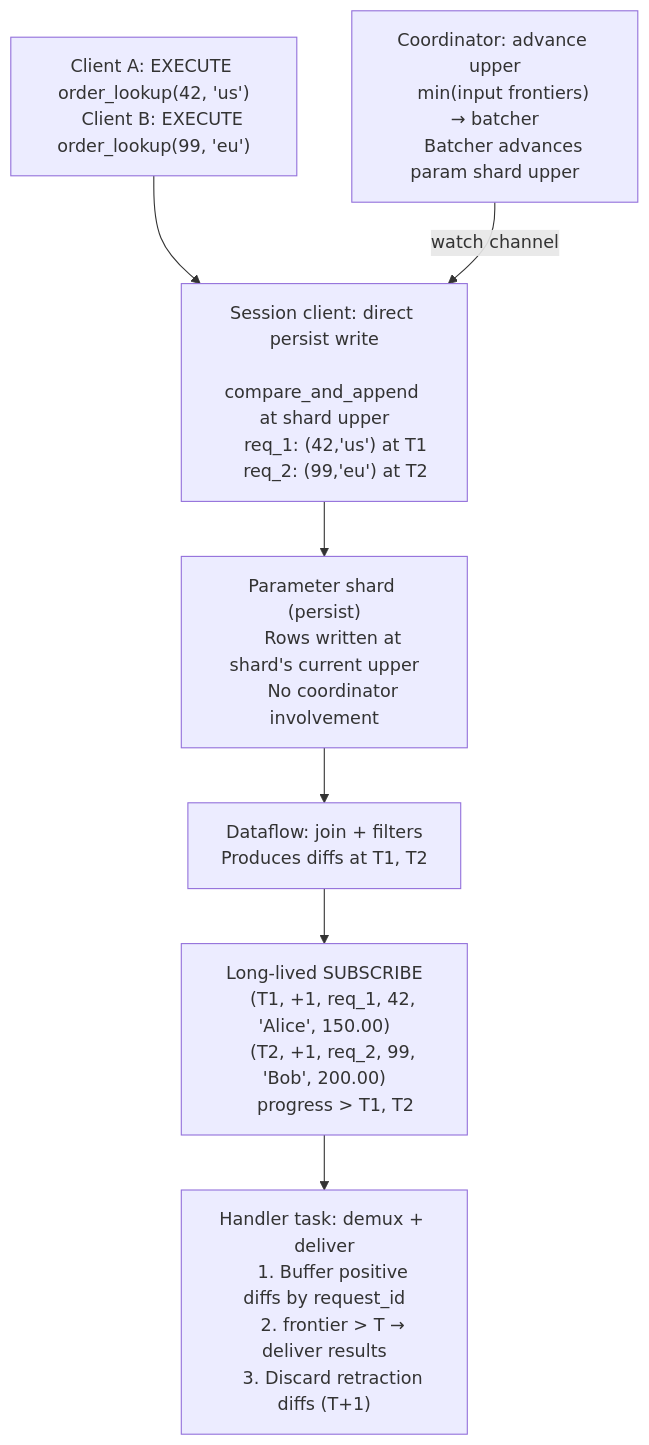
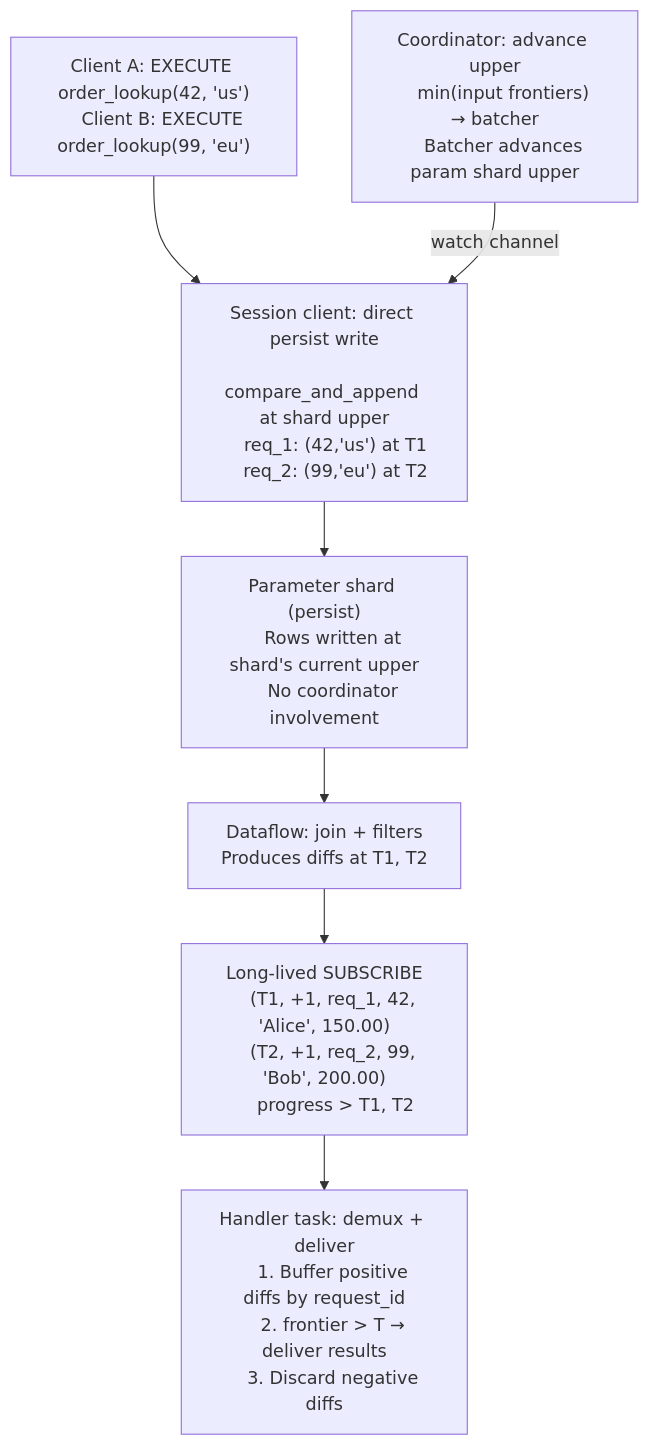
The first of 2 diagrams in doc/developer/design/20260306_standing_queries.md (MaterializeInc/materialize), drawn with Mermaid before and after one commit. The commit also changed other lines of this file and 12 other files, not shown here.

````diff
--- a/doc/developer/design/20260306_standing_queries.md
+++ b/doc/developer/design/20260306_standing_queries.md
@@ -112,34 +112,34 @@
 ```mermaid
 flowchart TD
     A["Client A: EXECUTE order_lookup(42, 'us')
     Client B: EXECUTE order_lookup(99, 'eu')"]
 
     B["Session client: direct persist write
     compare_and_append at shard upper
     req_1: (42,'us') at T1
     req_2: (99,'eu') at T2"]
 
     C["Parameter shard (persist)
     Rows written at shard's current upper
     No coordinator involvement"]
 
     D["Dataflow: join + filters
     Produces diffs at T1, T2"]
 
     E["Long-lived SUBSCRIBE
     (T1, +1, req_1, 42, 'Alice', 150.00)
     (T2, +1, req_2, 99, 'Bob', 200.00)
     progress > T1, T2"]
 
     F["Handler task: demux + deliver
     1. Buffer positive diffs by request_id
     2. frontier > T → deliver results
-    3. Discard retraction diffs (T+1)"]
+    3. Discard negative diffs"]
 
     G["Coordinator: advance upper
     min(input frontiers) → batcher
     Batcher advances param shard upper"]
 
     A --> B --> C --> D --> E --> F
     G -- "watch channel" --> B
 ```
````
